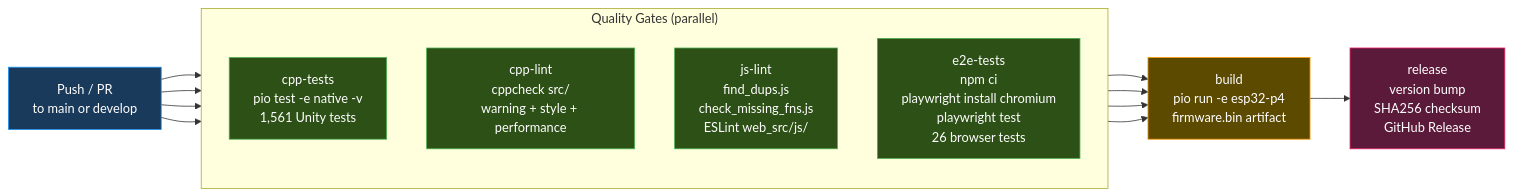
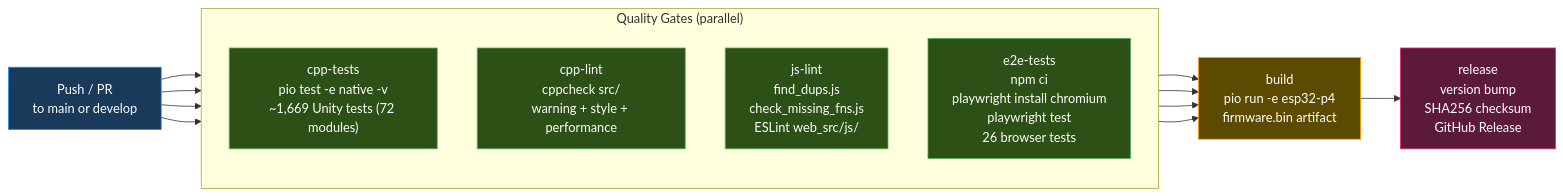
The eighth of 10 diagrams in docs-internal/architecture/diagrams.md (Schmackos/ALX_Nova_Controller_2), drawn with Mermaid before and after one commit. The commit also changed other lines of this file and 14 other files, not shown here.

First line of the commit message:
docs: fix legacy device references across Docusaurus site and architecture diagrams (#45)

````diff
--- a/docs-internal/architecture/diagrams.md
+++ b/docs-internal/architecture/diagrams.md
@@ -454,38 +452,38 @@
 ```mermaid
 graph LR
     classDef trigger fill:#1a3a5c,stroke:#2196F3,color:#fff
     classDef gate fill:#2d5016,stroke:#4CAF50,color:#fff
     classDef build fill:#5c4a00,stroke:#FF9800,color:#fff
     classDef release fill:#5c1a3a,stroke:#E91E63,color:#fff
 
     PUSH["Push / PR\nto main or develop"]
 
     subgraph Gates["Quality Gates (parallel)"]
         direction TB
-        CPP["cpp-tests\npio test -e native -v\n1,561 Unity tests"]
+        CPP["cpp-tests\npio test -e native -v\n~1,669 Unity tests (72 modules)"]
         CPPL["cpp-lint\ncppcheck src/\nwarning + style + performance"]
         JSL["js-lint\nfind_dups.js\ncheck_missing_fns.js\nESLint web_src/js/"]
         E2E["e2e-tests\nnpm ci\nplaywright install chromium\nplaywright test\n26 browser tests"]
     end
 
     BUILD["build\npio run -e esp32-p4\nfirmware.bin artifact"]
 
     REL["release\nversion bump\nSHA256 checksum\nGitHub Release"]
 
     PUSH --> CPP
     PUSH --> CPPL
     PUSH --> JSL
     PUSH --> E2E
 
     CPP --> BUILD
     CPPL --> BUILD
     JSL --> BUILD
     E2E --> BUILD
 
     BUILD --> REL
 
     class PUSH trigger
     class CPP,CPPL,JSL,E2E gate
     class BUILD build
     class REL release
 ```
````
